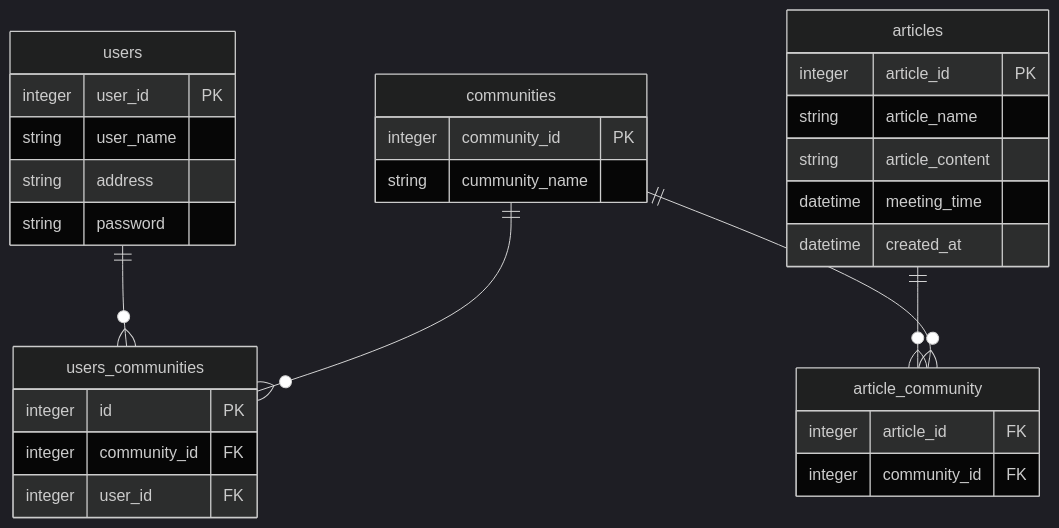
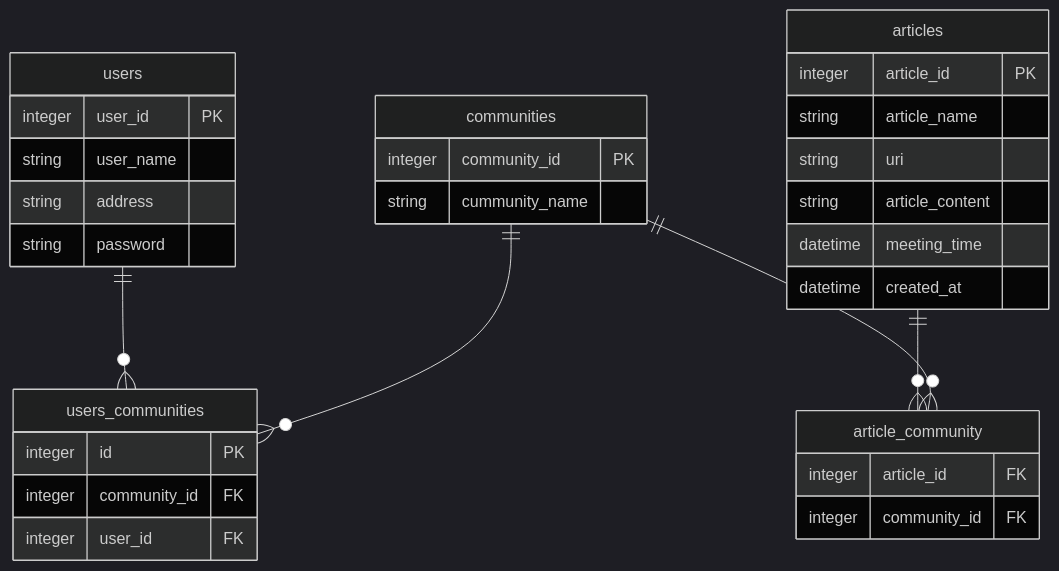
Before and after one commit to jphacks/F_2204: the diagram in README.md, drawn with Mermaid (dark theme).

Commit message:
modify: readme

````diff
--- a/README.md
+++ b/README.md
@@ -51,42 +51,43 @@
 ```mermaid
 erDiagram
 
 users {
     integer user_id PK
     string user_name
     string address
     string password
 }
 
 users_communities {
     integer id PK
     integer community_id FK
     integer user_id FK
 }
 
 communities {
     integer community_id PK
     string cummunity_name
 } 
 
 articles {
     integer article_id  PK
     string article_name 
+    string uri
     string article_content
     datetime meeting_time
     datetime created_at
 }
 article_community {
     integer article_id FK
     integer community_id FK
 }
 
 articles ||--o{article_community:""
 communities ||--o{article_community:""
 
 users ||--o{users_communities:""
 communities ||--o{users_communities:""
 
 
 
 ```
````
